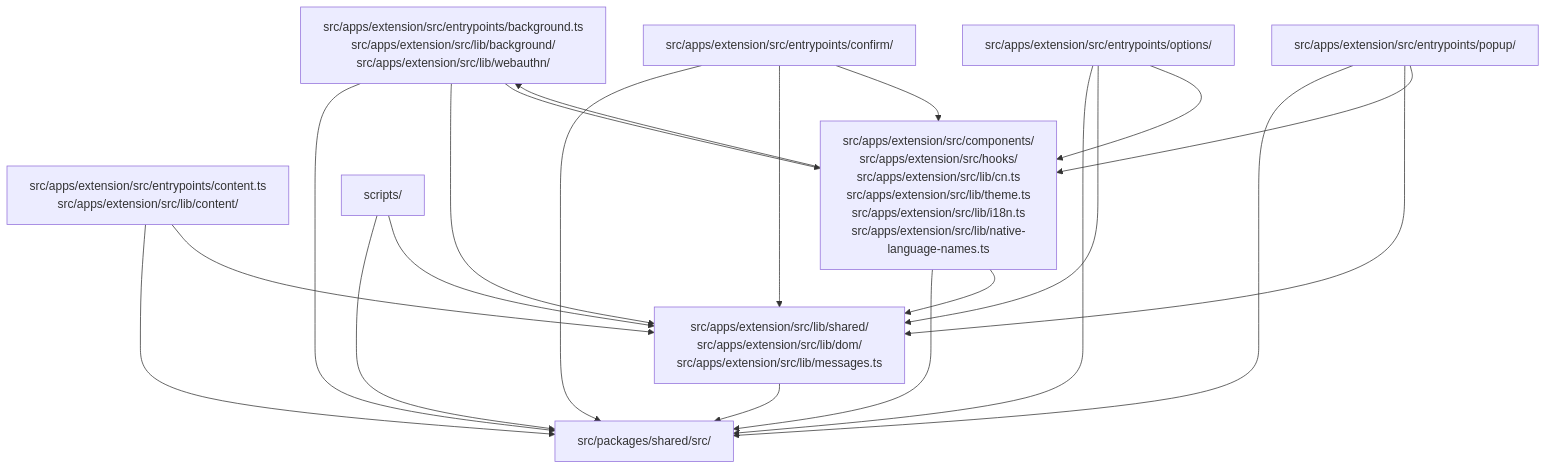
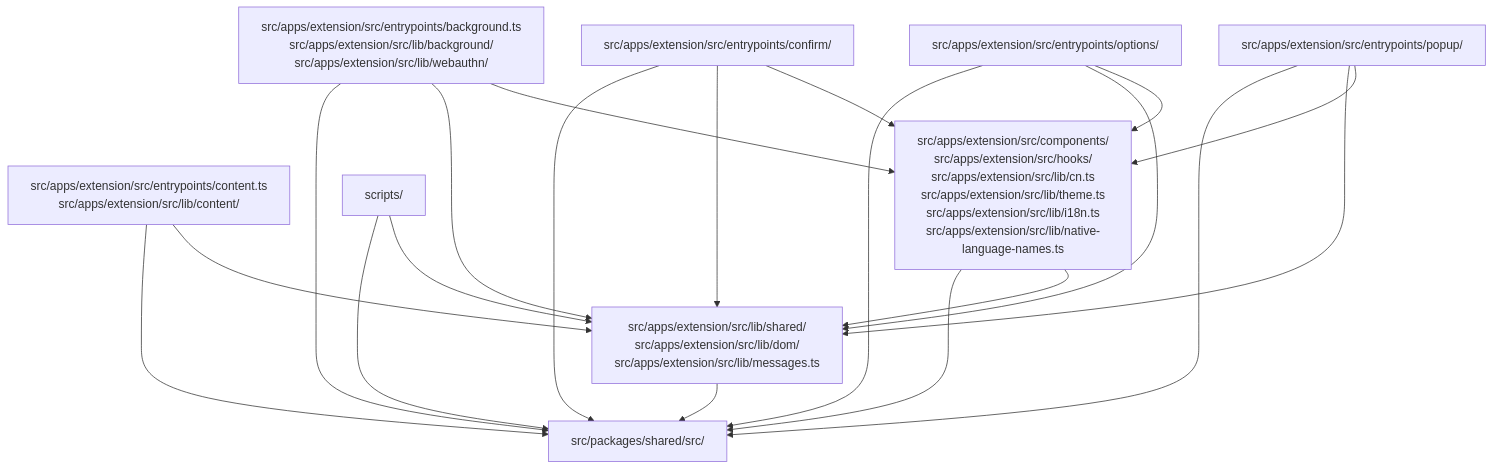
The seventh of 7 diagrams in docs/zh-cn/architecture.md (Vivswan/chromium-bridge), drawn with Mermaid before and after one commit. The commit also changed 4 other files, not shown here.

````diff
--- a/docs/zh-cn/architecture.md
+++ b/docs/zh-cn/architecture.md
@@ -604,32 +604,31 @@
 ```mermaid
 graph TD
   shared["src/packages/shared/src/"]
   extension_background["src/apps/extension/src/entrypoints/background.ts<br>src/apps/extension/src/lib/background/<br>src/apps/extension/src/lib/webauthn/"]
   extension_content["src/apps/extension/src/entrypoints/content.ts<br>src/apps/extension/src/lib/content/"]
   extension_confirm["src/apps/extension/src/entrypoints/confirm/"]
   extension_options["src/apps/extension/src/entrypoints/options/"]
   extension_popup["src/apps/extension/src/entrypoints/popup/"]
   extension_ui["src/apps/extension/src/components/<br>src/apps/extension/src/hooks/<br>src/apps/extension/src/lib/cn.ts<br>src/apps/extension/src/lib/theme.ts<br>src/apps/extension/src/lib/i18n.ts<br>src/apps/extension/src/lib/native-language-names.ts"]
   extension_lib["src/apps/extension/src/lib/shared/<br>src/apps/extension/src/lib/dom/<br>src/apps/extension/src/lib/messages.ts"]
   scripts["scripts/"]
   extension_background --> shared
   extension_background --> extension_lib
   extension_background --> extension_ui
   extension_content --> shared
   extension_content --> extension_lib
   extension_confirm --> shared
   extension_confirm --> extension_lib
   extension_confirm --> extension_ui
   extension_options --> shared
   extension_options --> extension_lib
   extension_options --> extension_ui
   extension_popup --> shared
   extension_popup --> extension_lib
   extension_popup --> extension_ui
   extension_ui --> shared
   extension_ui --> extension_lib
-  extension_ui --> extension_background
   extension_lib --> shared
   scripts --> shared
   scripts --> extension_lib
 ```
````
